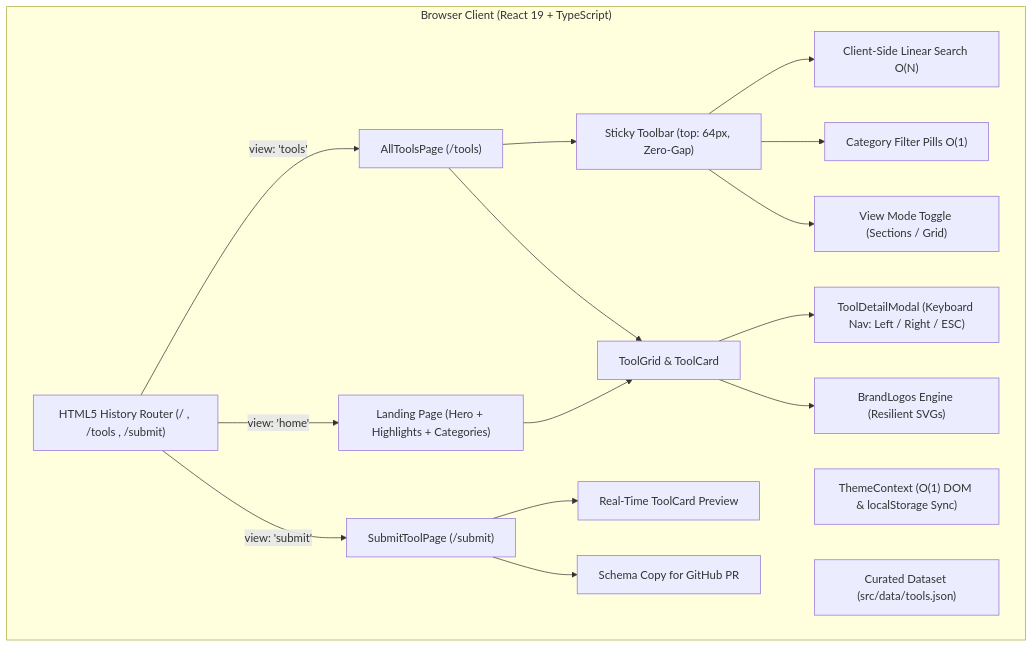
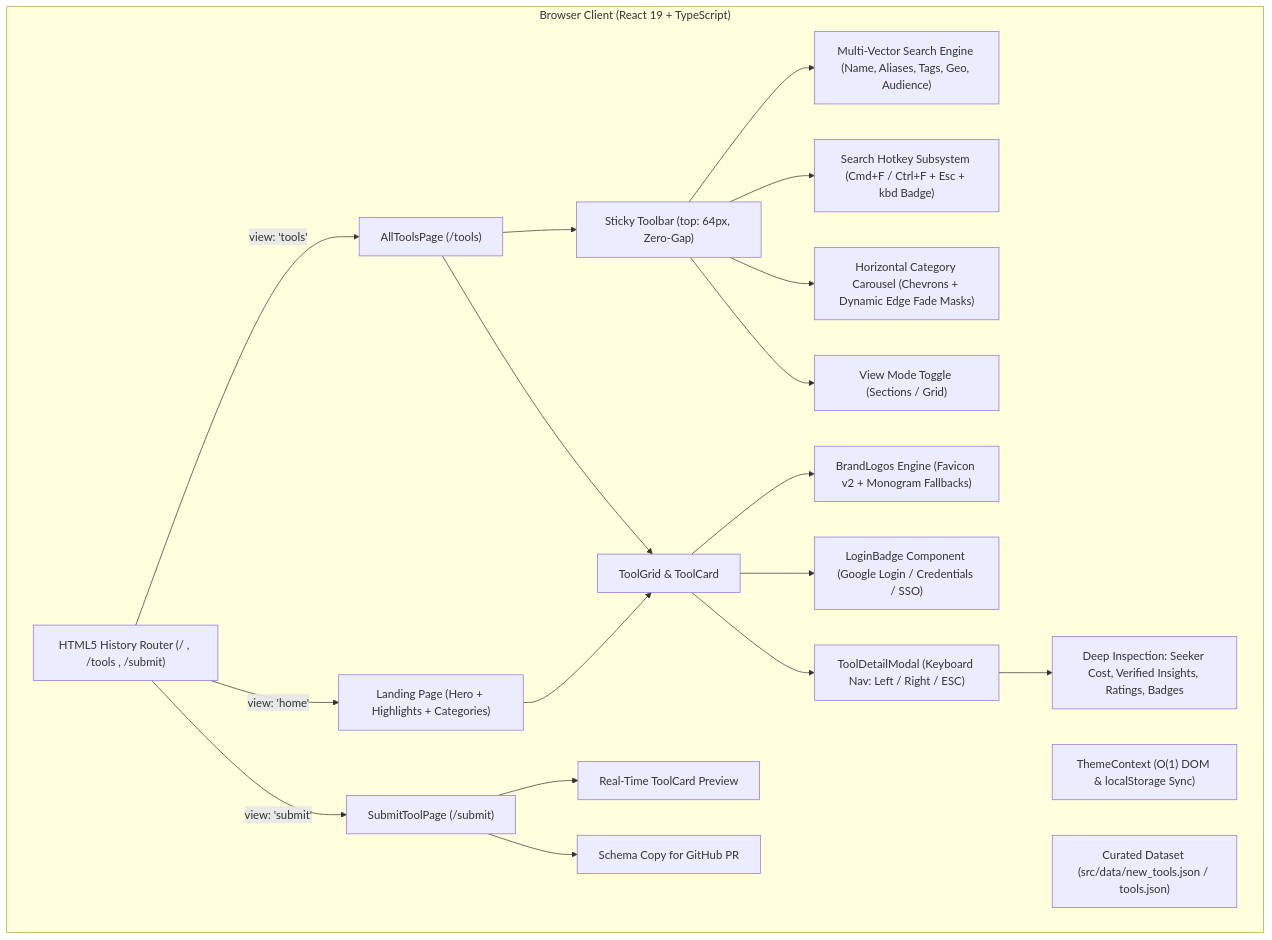
One commit to RenishBhuva07/JobStack changed the first of 2 diagrams in PROJECT_REQUIREMENTS.md. Above: the diagram before and after it, drawn with Mermaid. The commit also changed other lines of this file and 1 other file, not shown here.

````diff
--- a/PROJECT_REQUIREMENTS.md
+++ b/PROJECT_REQUIREMENTS.md
@@ -62,26 +71,30 @@
 ```mermaid
 flowchart TD
     subgraph BrowserClient["Browser Client (React 19 + TypeScript)"]
         Router["HTML5 History Router (/ , /tools , /submit)"]
         Theme["ThemeContext (O(1) DOM & localStorage Sync)"]
-        Dataset["Curated Dataset (src/data/tools.json)"]
+        Dataset["Curated Dataset (src/data/new_tools.json / tools.json)"]
 
         Router -->|view: 'home'| HomeView["Landing Page (Hero + Highlights + Categories)"]
         Router -->|view: 'tools'| DirectoryView["AllToolsPage (/tools)"]
         Router -->|view: 'submit'| SubmitView["SubmitToolPage (/submit)"]
 
         DirectoryView --> StickyBar["Sticky Toolbar (top: 64px, Zero-Gap)"]
-        StickyBar --> SearchEngine["Client-Side Linear Search O(N)"]
-        StickyBar --> CategoryPills["Category Filter Pills O(1)"]
+        StickyBar --> MultiSearch["Multi-Vector Search Engine (Name, Aliases, Tags, Geo, Audience)"]
+        StickyBar --> KbdShortcut["Search Hotkey Subsystem (Cmd+F / Ctrl+F + Esc + kbd Badge)"]
+        StickyBar --> CategoryTrack["Horizontal Category Carousel (Chevrons + Dynamic Edge Fade Masks)"]
         StickyBar --> ViewToggle["View Mode Toggle (Sections / Grid)"]
 
         DirectoryView --> CardsGrid["ToolGrid & ToolCard"]
         HomeView --> CardsGrid
 
+        CardsGrid --> BrandIcons["BrandLogos Engine (Favicon v2 + Monogram Fallbacks)"]
+        CardsGrid --> LoginBadges["LoginBadge Component (Google Login / Credentials / SSO)"]
         CardsGrid --> ModalInspector["ToolDetailModal (Keyboard Nav: Left / Right / ESC)"]
-        CardsGrid --> BrandIcons["BrandLogos Engine (Resilient SVGs)"]
+
+        ModalInspector --> DeepMeta["Deep Inspection: Seeker Cost, Verified Insights, Ratings, Badges"]
 
         SubmitView --> LivePreview["Real-Time ToolCard Preview"]
         SubmitView --> ExportJSON["Schema Copy for GitHub PR"]
     end
 ```
````
